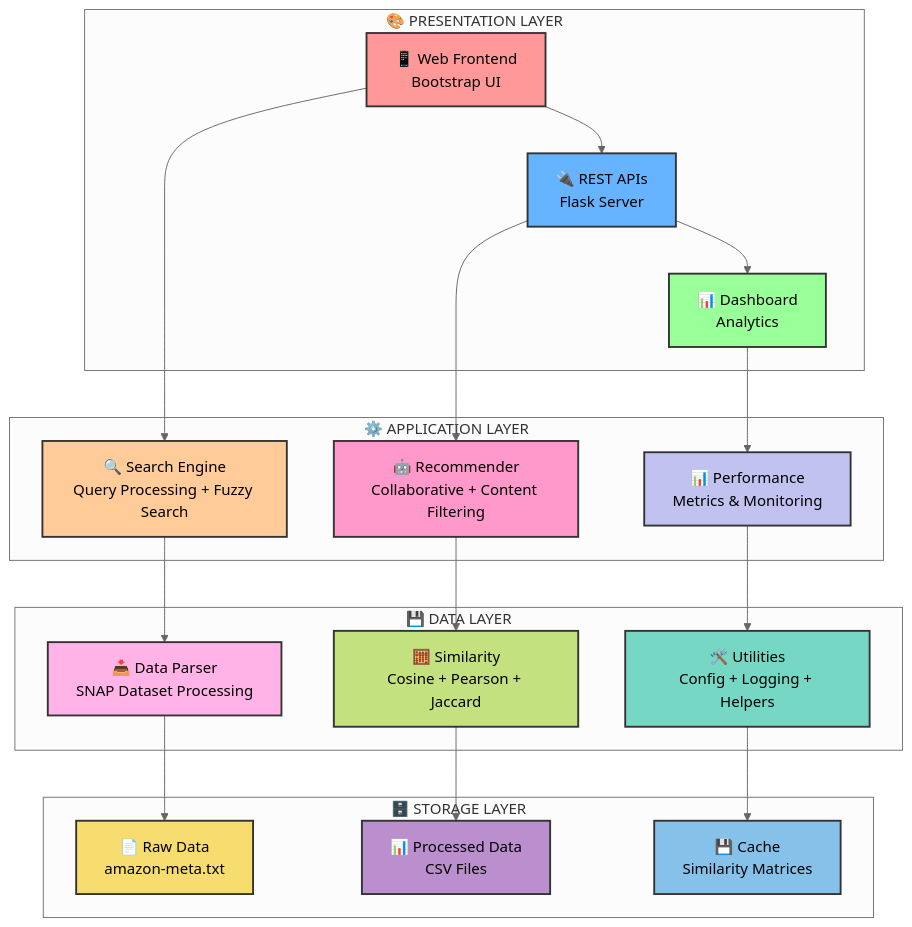
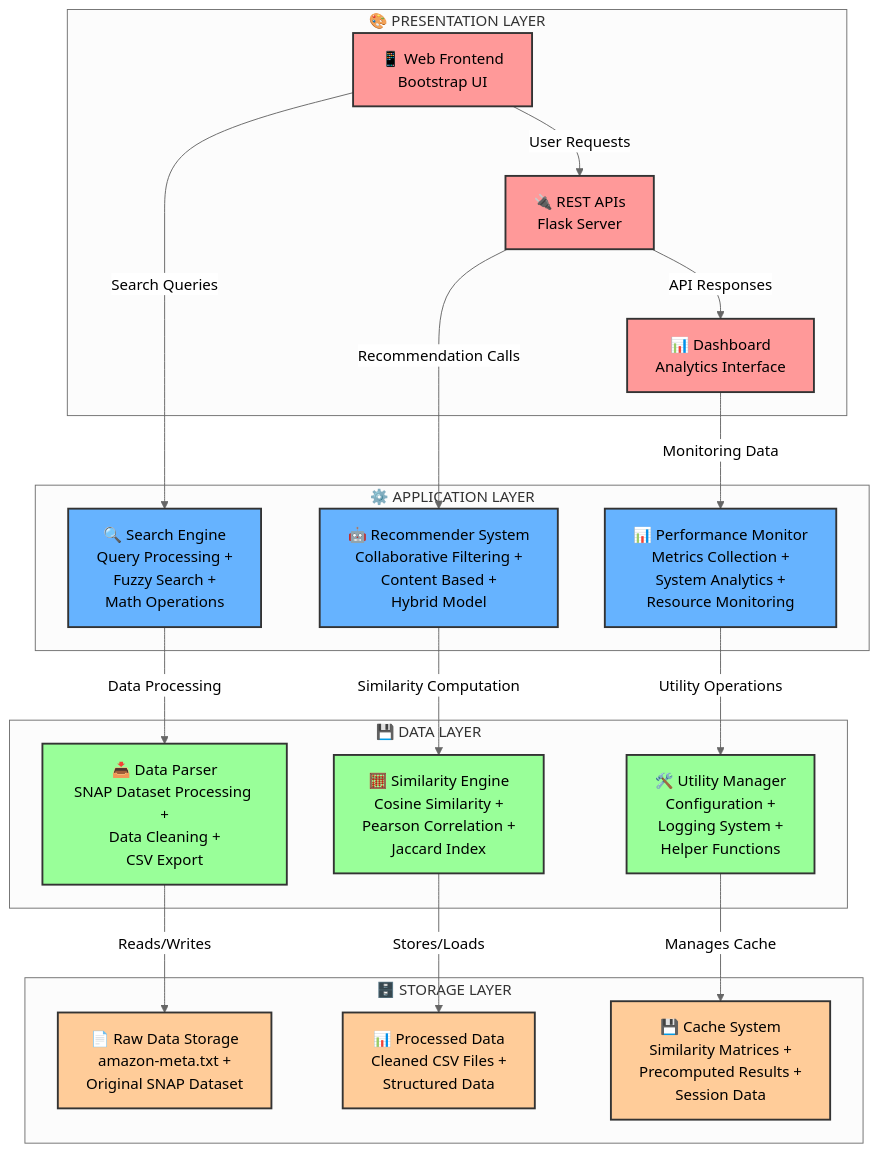
The first of 2 diagrams in README.md (Syam-1133/Amazon-Recommender-System), drawn with Mermaid (neutral theme) before and after one commit.

Commit message:
Redame file

````diff
--- a/README.md
+++ b/README.md
@@ -100,51 +100,56 @@
 ```mermaid
-graph TB
-    subgraph "🎨 PRESENTATION LAYER"
+flowchart TB
+    %% ===== PRESENTATION LAYER =====
+    subgraph PresentationLayer["🎨 PRESENTATION LAYER"]
         A[📱 Web Frontend<br/>Bootstrap UI]
         B[🔌 REST APIs<br/>Flask Server]
-        C[📊 Dashboard<br/>Analytics]
+        C[📊 Dashboard<br/>Analytics Interface]
     end
+
+    %% ===== APPLICATION LAYER =====
+    subgraph ApplicationLayer["⚙️ APPLICATION LAYER"]
+        D[🔍 Search Engine<br/>Query Processing +<br/>Fuzzy Search +<br/>Math Operations]
+        E[🤖 Recommender System<br/>Collaborative Filtering +<br/>Content Based +<br/>Hybrid Model]
+        F[📊 Performance Monitor<br/>Metrics Collection +<br/>System Analytics +<br/>Resource Monitoring]
+    end
+
+    %% ===== DATA LAYER =====
+    subgraph DataLayer["💾 DATA LAYER"]
+        G[📥 Data Parser<br/>SNAP Dataset Processing +<br/>Data Cleaning +<br/>CSV Export]
+        H[🧮 Similarity Engine<br/>Cosine Similarity +<br/>Pearson Correlation +<br/>Jaccard Index]
+        I[🛠️ Utility Manager<br/>Configuration +<br/>Logging System +<br/>Helper Functions]
+    end
+
+    %% ===== STORAGE LAYER =====
+    subgraph StorageLayer["🗄️ STORAGE LAYER"]
+        J[📄 Raw Data Storage<br/>amazon-meta.txt +<br/>Original SNAP Dataset]
+        K[📊 Processed Data<br/>Cleaned CSV Files +<br/>Structured Data]
+        L[💾 Cache System<br/>Similarity Matrices +<br/>Precomputed Results +<br/>Session Data]
+    end
+
+    %% ===== DATA FLOW CONNECTIONS =====
+    A -->|User Requests| B
+    B -->|API Responses| C
+    A -->|Search Queries| D
+    B -->|Recommendation Calls| E
+    C -->|Monitoring Data| F
     
-    subgraph "⚙️ APPLICATION LAYER"
-        D[🔍 Search Engine<br/>Query Processing + Fuzzy Search]
-        E[🤖 Recommender<br/>Collaborative + Content Filtering]
-        F[📊 Performance<br/>Metrics & Monitoring]
-    end
+    D -->|Data Processing| G
+    E -->|Similarity Computation| H
+    F -->|Utility Operations| I
     
-    subgraph "💾 DATA LAYER"
-        G[📥 Data Parser<br/>SNAP Dataset Processing]
-        H[🧮 Similarity<br/>Cosine + Pearson + Jaccard]
-        I[🛠️ Utilities<br/>Config + Logging + Helpers]
-    end
+    G -->|Reads/Writes| J
+    H -->|Stores/Loads| K
+    I -->|Manages Cache| L
+
+    %% ===== STYLING =====
+    classDef presentation fill:#ff9999,stroke:#333,stroke-width:2px,color:#000
+    classDef application fill:#66b3ff,stroke:#333,stroke-width:2px,color:#000
+    classDef data fill:#99ff99,stroke:#333,stroke-width:2px,color:#000
+    classDef storage fill:#ffcc99,stroke:#333,stroke-width:2px,color:#000
     
-    subgraph "🗄️ STORAGE LAYER"
-        J[📄 Raw Data<br/>amazon-meta.txt]
-        K[📊 Processed Data<br/>CSV Files]
-        L[💾 Cache<br/>Similarity Matrices]
-    end
-    
-    A --> B
-    B --> C
-    A --> D
-    B --> E
-    C --> F
-    D --> G
-    E --> H
-    F --> I
-    G --> J
-    H --> K
-    I --> L
-    
-    style A fill:#ff9999,stroke:#333,stroke-width:2px
-    style B fill:#66b3ff,stroke:#333,stroke-width:2px
-    style C fill:#99ff99,stroke:#333,stroke-width:2px
-    style D fill:#ffcc99,stroke:#333,stroke-width:2px
-    style E fill:#ff99cc,stroke:#333,stroke-width:2px
-    style F fill:#c2c2f0,stroke:#333,stroke-width:2px
-    style G fill:#ffb3e6,stroke:#333,stroke-width:2px
-    style H fill:#c4e17f,stroke:#333,stroke-width:2px
-    style I fill:#76d7c4,stroke:#333,stroke-width:2px
-    style J fill:#f7dc6f,stroke:#333,stroke-width:2px
-    style K fill:#bb8fce,stroke:#333,stroke-width:2px
-    style L fill:#85c1e9,stroke:#333,stroke-width:2px
+    class A,B,C presentation
+    class D,E,F application
+    class G,H,I data
+    class J,K,L storage
 ```
````
